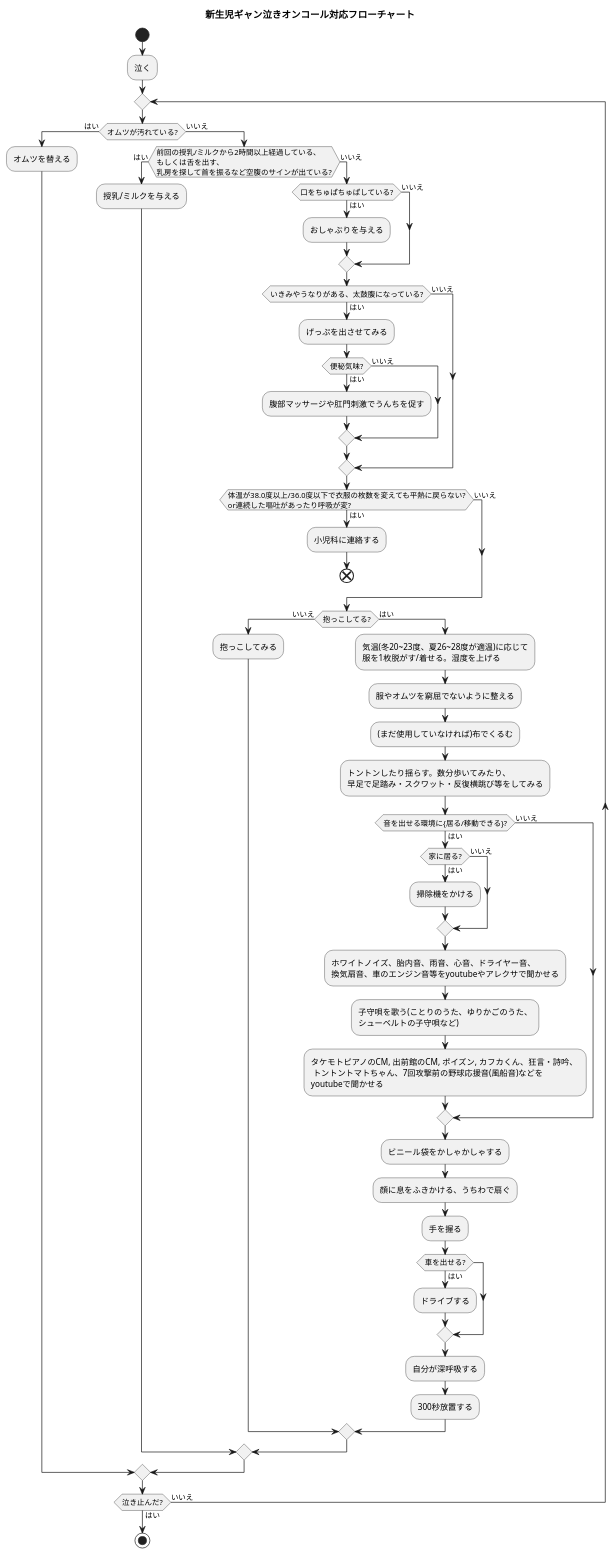
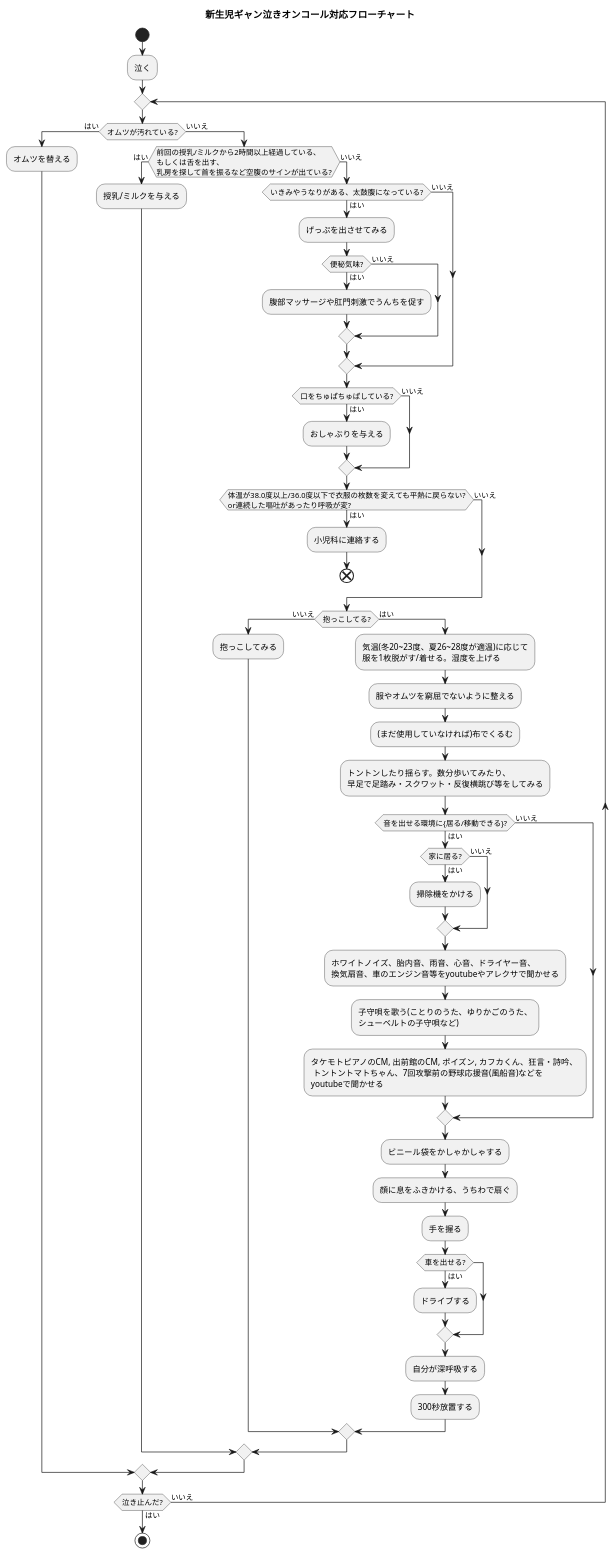
Before and after one commit to dakimura/gyan-crying-oncall-playbook: the diagram in flowchart.puml, drawn with PlantUML. The commit also changed other lines of this file and 2 other files, not shown here.

```diff
--- a/flowchart.puml
+++ b/flowchart.puml
@@ -1,64 +1,64 @@
 @startuml
 
 title 新生児ギャン泣きオンコール対応フローチャート
 start
 
 :泣く;
 
 repeat;
   if (オムツが汚れている?) then (はい)
     :オムツを替える;
   else (いいえ)
     if (前回の授乳/ミルクから2時間以上経過している、\nもしくは舌を出す、\n乳房を探して首を振るなど空腹のサインが出ている?) then (はい)
       :授乳/ミルクを与える;
     else (いいえ)
-      if (口をちゅぱちゅぱしている?) then (はい)
-        :おしゃぶりを与える;
-      else (いいえ)
-      endif
       if (いきみやうなりがある、太鼓腹になっている?) then (はい)
         :げっぷを出させてみる;
         if (便秘気味?) then (はい)
           :腹部マッサージや肛門刺激でうんちを促す;
         else (いいえ)
         endif
+      else (いいえ)
+      endif
+      if (口をちゅぱちゅぱしている?) then (はい)
+        :おしゃぶりを与える;
       else (いいえ)
       endif
       if (体温が38.0度以上/36.0度以下で衣服の枚数を変えても平熱に戻らない?\nor連続した嘔吐があったり呼吸が変?) then (はい)
         :小児科に連絡する;
         end
       else (いいえ)
       endif
       if (抱っこしてる?) then (いいえ)
         :抱っこしてみる;
       else (はい)
         :気温(冬20~23度、夏26~28度が適温)に応じて\n服を1枚脱がす/着せる。湿度を上げる;
         :服やオムツを窮屈でないように整える;
         :(まだ使用していなければ)布でくるむ;
         :トントンしたり揺らす。数分歩いてみたり、\n早足で足踏み・スクワット・反復横跳び等をしてみる;
         if (音を出せる環境に{居る/移動できる}?) then (はい)
           if (家に居る?) then (はい)
             :掃除機をかける;
           else (いいえ)
           endif
           :ホワイトノイズ、胎内音、雨音、心音、ドライヤー音、\n換気扇音、車のエンジン音等をyoutubeやアレクサで聞かせる;
           :子守唄を歌う(ことりのうた、ゆりかごのうた、\nシューベルトの子守唄など);
           :タケモトピアノのCM, 出前館のCM, ポイズン, カフカくん、狂言・詩吟、 \n トントントマトちゃん、7回攻撃前の野球応援音(風船音)などを\nyoutubeで聞かせる;
         else (いいえ)
         endif
         :ビニール袋をかしゃかしゃする;
         :顔に息をふきかける、うちわで扇ぐ;
         :手を握る;
         if (車を出せる?) then (はい)
           :ドライブする;
         endif
         :自分が深呼吸する;
         :300秒放置する;
       endif
     endif
   endif
 repeat while (泣き止んだ?) is (いいえ) not (はい)
 
 stop
 
 @enduml
```
